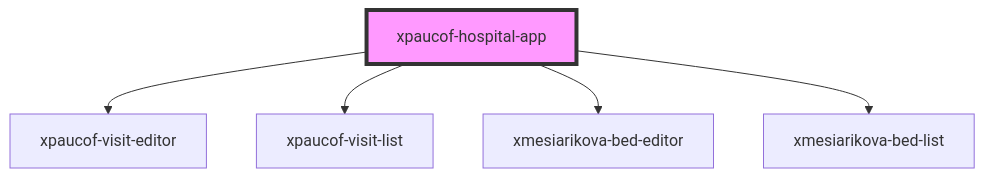
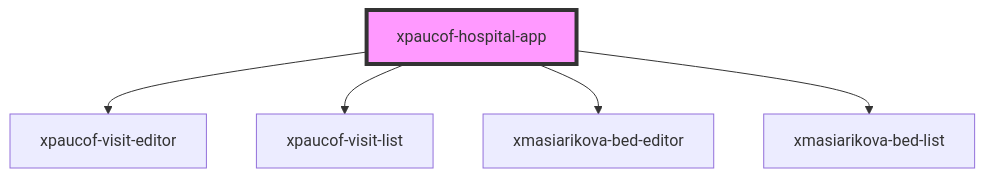
Before and after one commit to FilipPauco/hospital-ufe: the diagram in src/components/xpaucof-hospital-app/readme.md, drawn with Mermaid. The commit also changed other lines of this file and 9 other files, not shown here.

````diff
--- a/src/components/xpaucof-hospital-app/readme.md
+++ b/src/components/xpaucof-hospital-app/readme.md
@@ -27,8 +28,8 @@
 ```mermaid
 graph TD;
   xpaucof-hospital-app --> xpaucof-visit-editor
   xpaucof-hospital-app --> xpaucof-visit-list
-  xpaucof-hospital-app --> xmesiarikova-bed-editor
-  xpaucof-hospital-app --> xmesiarikova-bed-list
+  xpaucof-hospital-app --> xmasiarikova-bed-editor
+  xpaucof-hospital-app --> xmasiarikova-bed-list
   style xpaucof-hospital-app fill:#f9f,stroke:#333,stroke-width:4px
 ```
````
